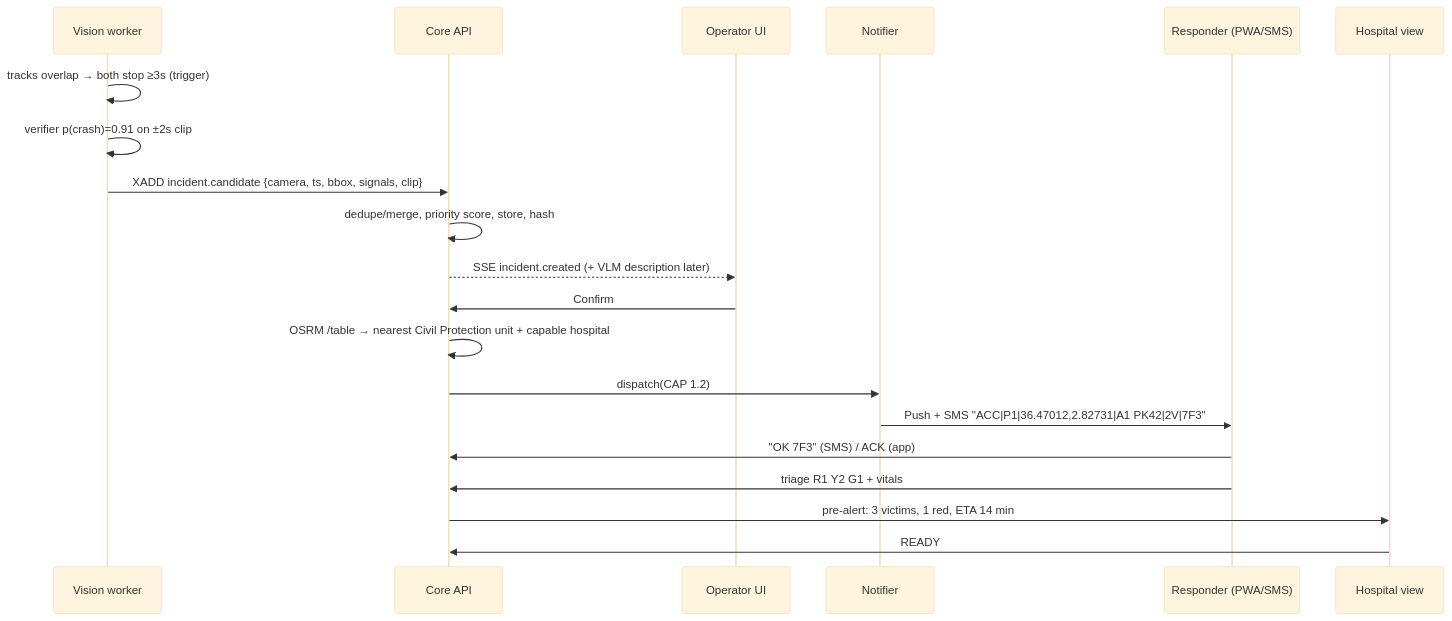
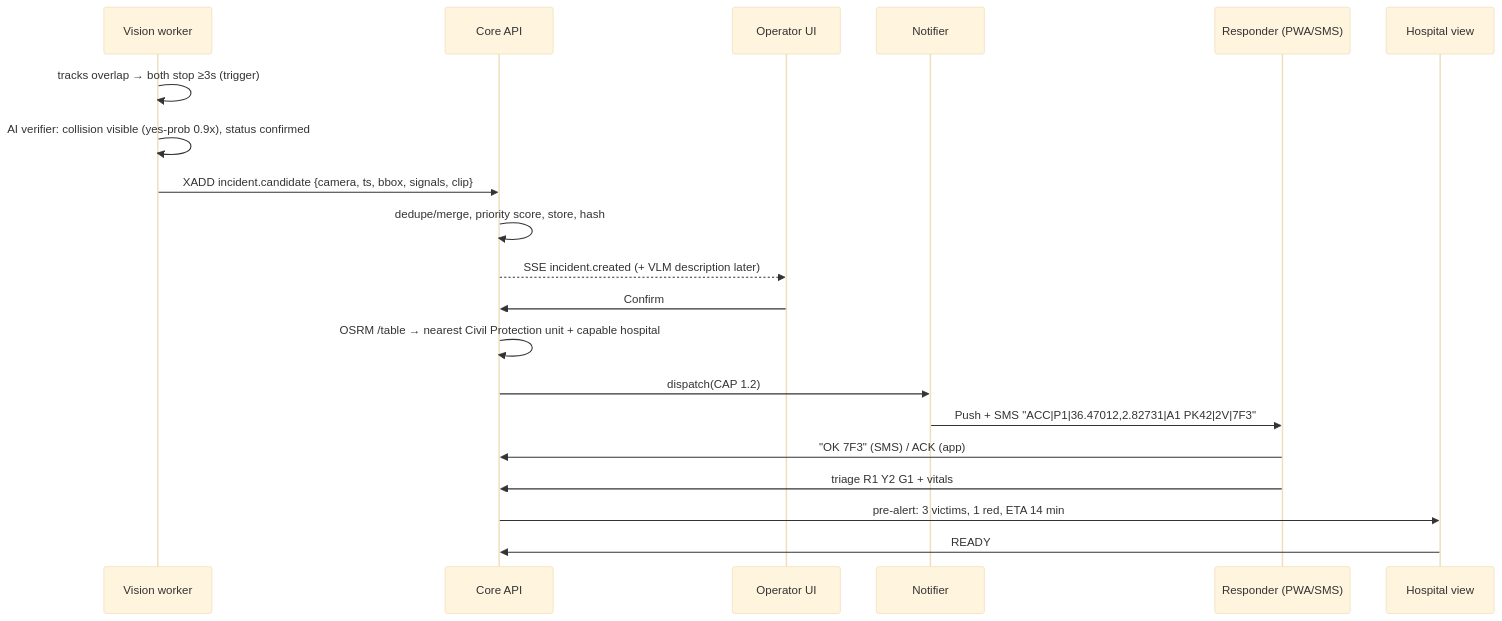
Before and after one commit to Nadjeet/nadjet: the third of 3 diagrams in docs/05-architecture-and-stack.md, drawn with Mermaid (base theme). The commit also changed other lines of this file and 11 other files, not shown here.

````diff
--- a/docs/05-architecture-and-stack.md
+++ b/docs/05-architecture-and-stack.md
@@ -77,22 +77,22 @@
 ```mermaid
 sequenceDiagram
   participant V as Vision worker
   participant A as Core API
   participant O as Operator UI
   participant N as Notifier
   participant R as Responder (PWA/SMS)
   participant H as Hospital view
   V->>V: tracks overlap → both stop ≥3s (trigger)
-  V->>V: verifier p(crash)=0.91 on ±2s clip
+  V->>V: AI verifier: collision visible (yes-prob 0.9x), status confirmed
   V->>A: XADD incident.candidate {camera, ts, bbox, signals, clip}
   A->>A: dedupe/merge, priority score, store, hash
   A-->>O: SSE incident.created (+ VLM description later)
   O->>A: Confirm
   A->>A: OSRM /table → nearest Civil Protection unit + capable hospital
   A->>N: dispatch(CAP 1.2)
   N->>R: Push + SMS "ACC|P1|36.47012,2.82731|A1 PK42|2V|7F3"
   R->>A: "OK 7F3" (SMS) / ACK (app)
   R->>A: triage R1 Y2 G1 + vitals
   A->>H: pre-alert: 3 victims, 1 red, ETA 14 min
   H->>A: READY
 ```
````
